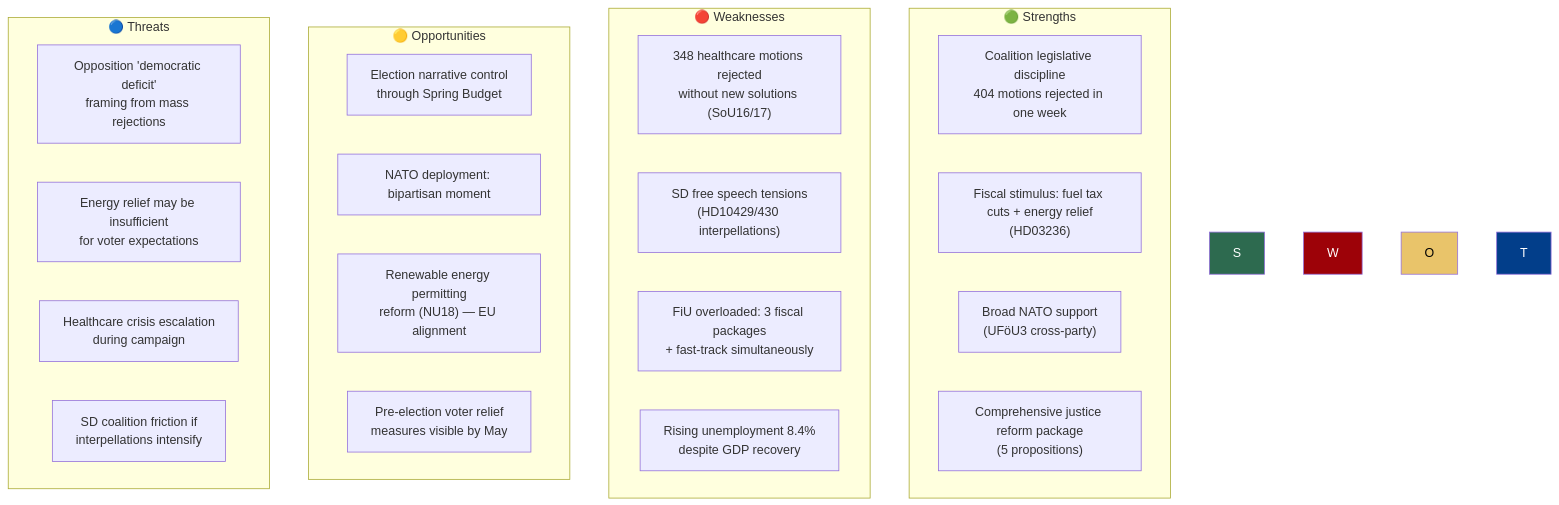
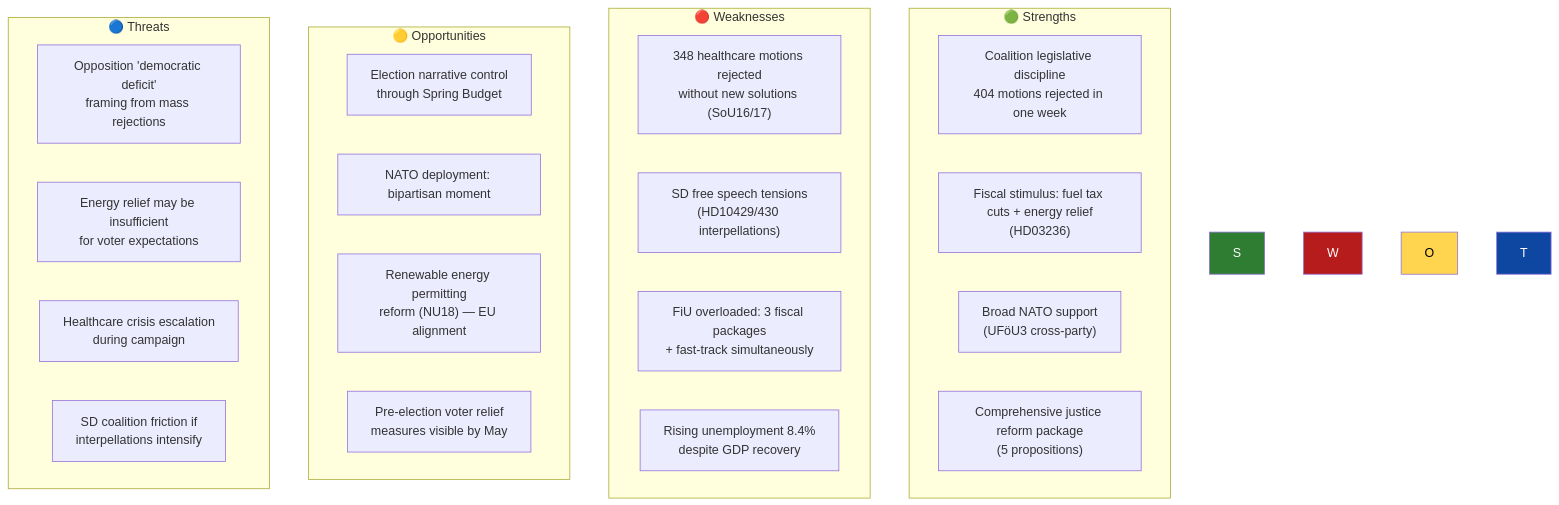
Before and after one commit to Hack23/riksdagsmonitor: the diagram in analysis/daily/2026-04-13/month-ahead/swot-analysis.md, drawn with Mermaid. The commit also changed 121 other files, not shown here.

````diff
--- a/analysis/daily/2026-04-13/month-ahead/swot-analysis.md
+++ b/analysis/daily/2026-04-13/month-ahead/swot-analysis.md
@@ -17,31 +17,31 @@
 ```mermaid
 graph TD
     subgraph "🟢 Strengths"
-        style S fill:#2d6a4f,color:#FFFFFF
+        style S fill:#2E7D32,color:#FFFFFF
         S1["Coalition legislative discipline<br/>404 motions rejected in one week"]
         S2["Fiscal stimulus: fuel tax cuts + energy relief<br/>(HD03236)"]
         S3["Broad NATO support<br/>(UFöU3 cross-party)"]
         S4["Comprehensive justice reform package<br/>(5 propositions)"]
     end
     subgraph "🔴 Weaknesses"
-        style W fill:#9d0208,color:#FFFFFF
+        style W fill:#B71C1C,color:#FFFFFF
         W1["348 healthcare motions rejected<br/>without new solutions (SoU16/17)"]
         W2["SD free speech tensions<br/>(HD10429/430 interpellations)"]
         W3["FiU overloaded: 3 fiscal packages<br/>+ fast-track simultaneously"]
         W4["Rising unemployment 8.4%<br/>despite GDP recovery"]
     end
     subgraph "🟡 Opportunities"
-        style O fill:#e9c46a,color:#000000
+        style O fill:#FFD54F,color:#000000
         O1["Election narrative control<br/>through Spring Budget"]
         O2["NATO deployment: bipartisan moment"]
         O3["Renewable energy permitting<br/>reform (NU18) — EU alignment"]
         O4["Pre-election voter relief<br/>measures visible by May"]
     end
     subgraph "🔵 Threats"
-        style T fill:#023e8a,color:#FFFFFF
+        style T fill:#0D47A1,color:#FFFFFF
         T1["Opposition 'democratic deficit'<br/>framing from mass rejections"]
         T2["Energy relief may be insufficient<br/>for voter expectations"]
         T3["Healthcare crisis escalation<br/>during campaign"]
         T4["SD coalition friction if<br/>interpellations intensify"]
     end
 ```
````
